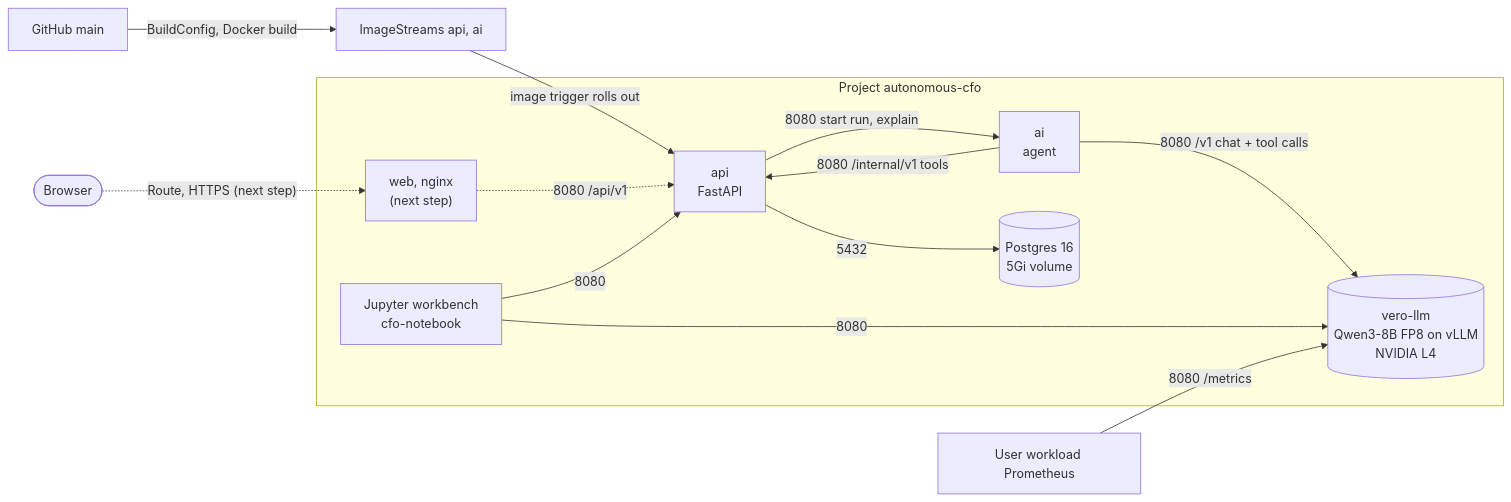
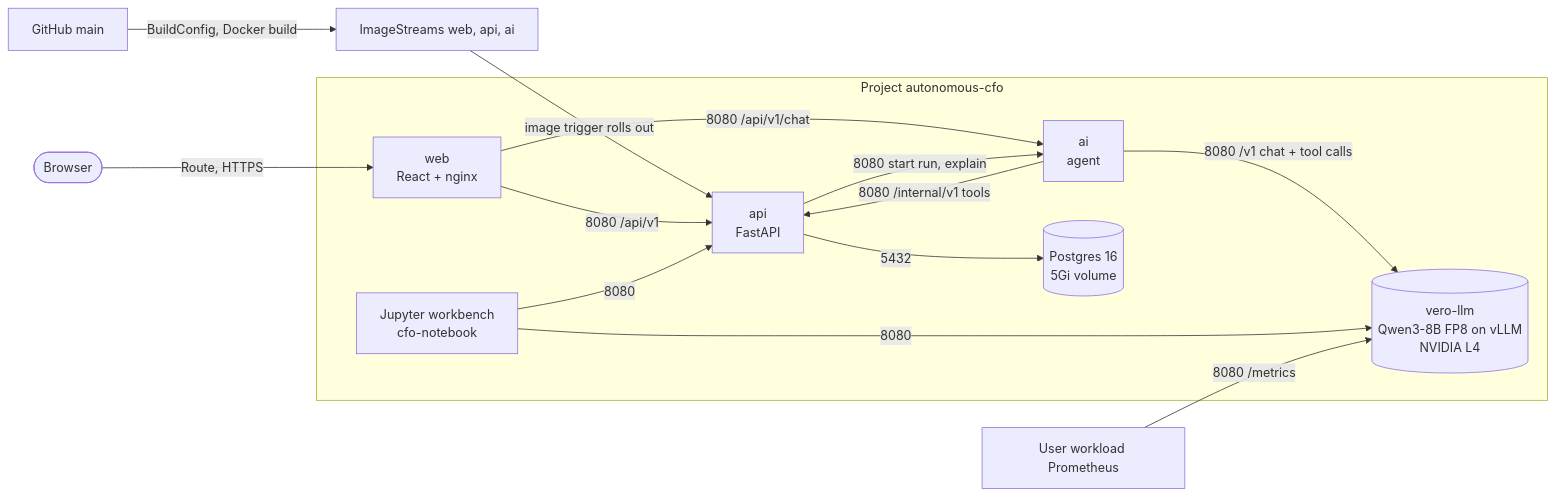
Before and after one commit to hold-my-laptop/autonomous-cfo: the diagram in docs/OPENSHIFT.md, drawn with Mermaid. The commit also changed other lines of this file, not shown here.

Commit message:
Update the OpenShift docs for the web, the new policies and the Topology view

````diff
--- a/docs/OPENSHIFT.md
+++ b/docs/OPENSHIFT.md
@@ -11,24 +11,25 @@
 ```mermaid
 flowchart LR
-  gh["GitHub main"] -- "BuildConfig, Docker build" --> is["ImageStreams api, ai"]
+  gh["GitHub main"] -- "BuildConfig, Docker build" --> is["ImageStreams web, api, ai"]
   is -- "image trigger rolls out" --> apipod
 
   subgraph ns["Project autonomous-cfo"]
-    webpod["web, nginx<br/>(next step)"]
+    webpod["web<br/>React + nginx"]
     apipod["api<br/>FastAPI"]
     aipod["ai<br/>agent"]
     dbpod[("Postgres 16<br/>5Gi volume")]
     model[("vero-llm<br/>Qwen3-8B FP8 on vLLM<br/>NVIDIA L4")]
     wb["Jupyter workbench<br/>cfo-notebook"]
   end
 
-  user(["Browser"]) -. "Route, HTTPS (next step)" .-> webpod
-  webpod -. "8080 /api/v1" .-> apipod
+  user(["Browser"]) -- "Route, HTTPS" --> webpod
+  webpod -- "8080 /api/v1" --> apipod
+  webpod -- "8080 /api/v1/chat" --> aipod
   apipod -- "5432" --> dbpod
   apipod -- "8080 start run, explain" --> aipod
   aipod -- "8080 /internal/v1 tools" --> apipod
   aipod -- "8080 /v1 chat + tool calls" --> model
   wb -- "8080" --> apipod
   wb -- "8080" --> model
   prom["User workload Prometheus"] -- "8080 /metrics" --> model
 ```
````
